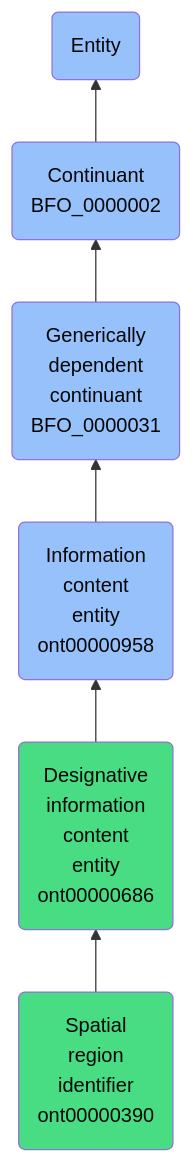
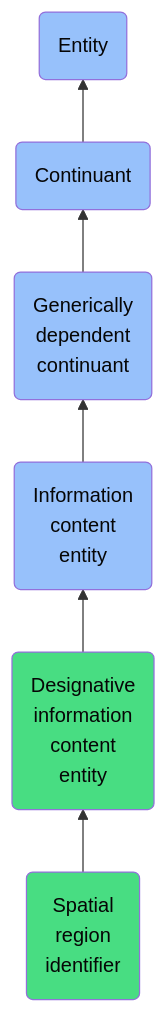
The diagram in docs/ontology/reference/model/Entity/Continuant/Generically dependent continuant/Information content entity/Designative information content entity/Spatial region identifier/Spatial region identifier.md (jupyter-naas/abi), drawn with Mermaid before and after one commit. The commit also changed other lines of this file and 1430 other files, not shown here.

````diff
--- a/docs/ontology/reference/model/Entity/Continuant/Generically dependent continuant/Information content entity/Designative information content entity/Spatial region identifier/Spatial region identifier.md
+++ b/docs/ontology/reference/model/Entity/Continuant/Generically dependent continuant/Information content entity/Designative information content entity/Spatial region identifier/Spatial region identifier.md
@@ -24,13 +24,13 @@
 ```mermaid
 graph BT
-    ont00000390(Spatial<br>region<br>identifier<br>ont00000390):::ABI-->ont00000686
-    ont00000686(Designative<br>information<br>content<br>entity<br>ont00000686):::ABI-->ont00000958
-    ont00000958(Information<br>content<br>entity<br>ont00000958):::BFO-->BFO_0000031
-    BFO_0000031(Generically<br>dependent<br>continuant<br>BFO_0000031):::BFO-->BFO_0000002
-    BFO_0000002(Continuant<br>BFO_0000002):::BFO-->BFO_0000001
+    ont00000390(Spatial<br>region<br>identifier):::ABI-->ont00000686
+    ont00000686(Designative<br>information<br>content<br>entity):::ABI-->ont00000958
+    ont00000958(Information<br>content<br>entity):::BFO-->BFO_0000031
+    BFO_0000031(Generically<br>dependent<br>continuant):::BFO-->BFO_0000002
+    BFO_0000002(Continuant):::BFO-->BFO_0000001
     BFO_0000001(Entity):::BFO
     
     classDef BFO fill:#97c1fb,color:#060606
     classDef CCO fill:#e4c51e,color:#060606
     classDef ABI fill:#48DD82,color:#060606
 ```
````
